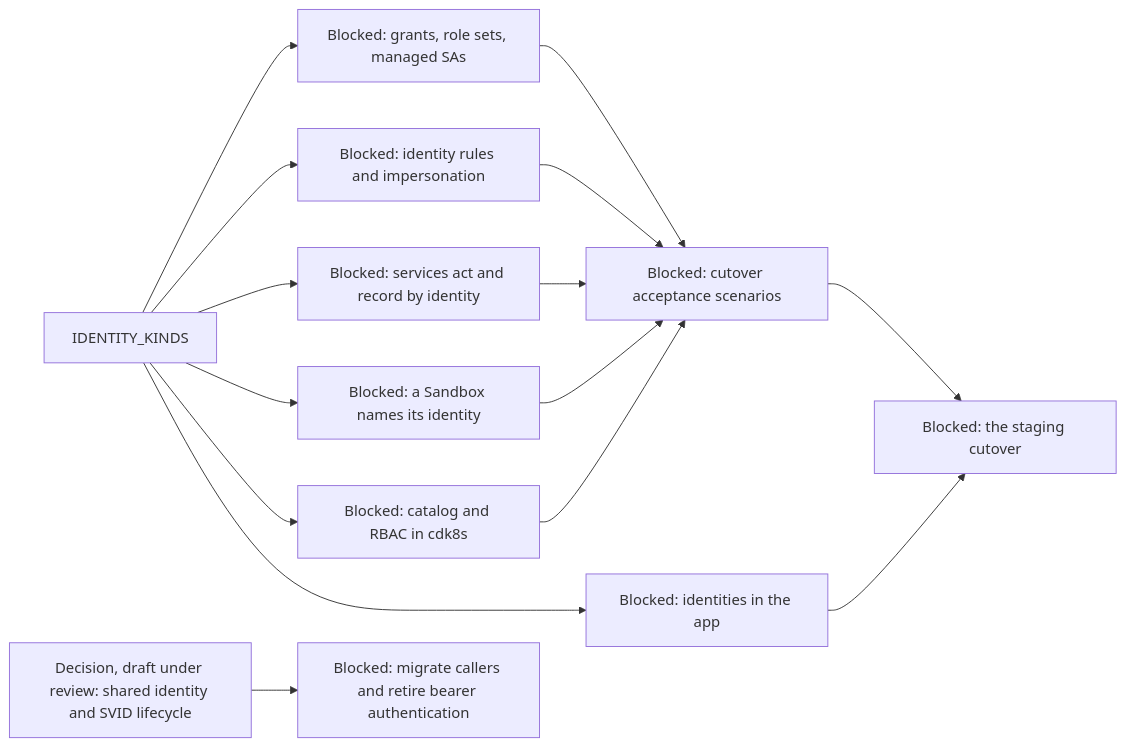
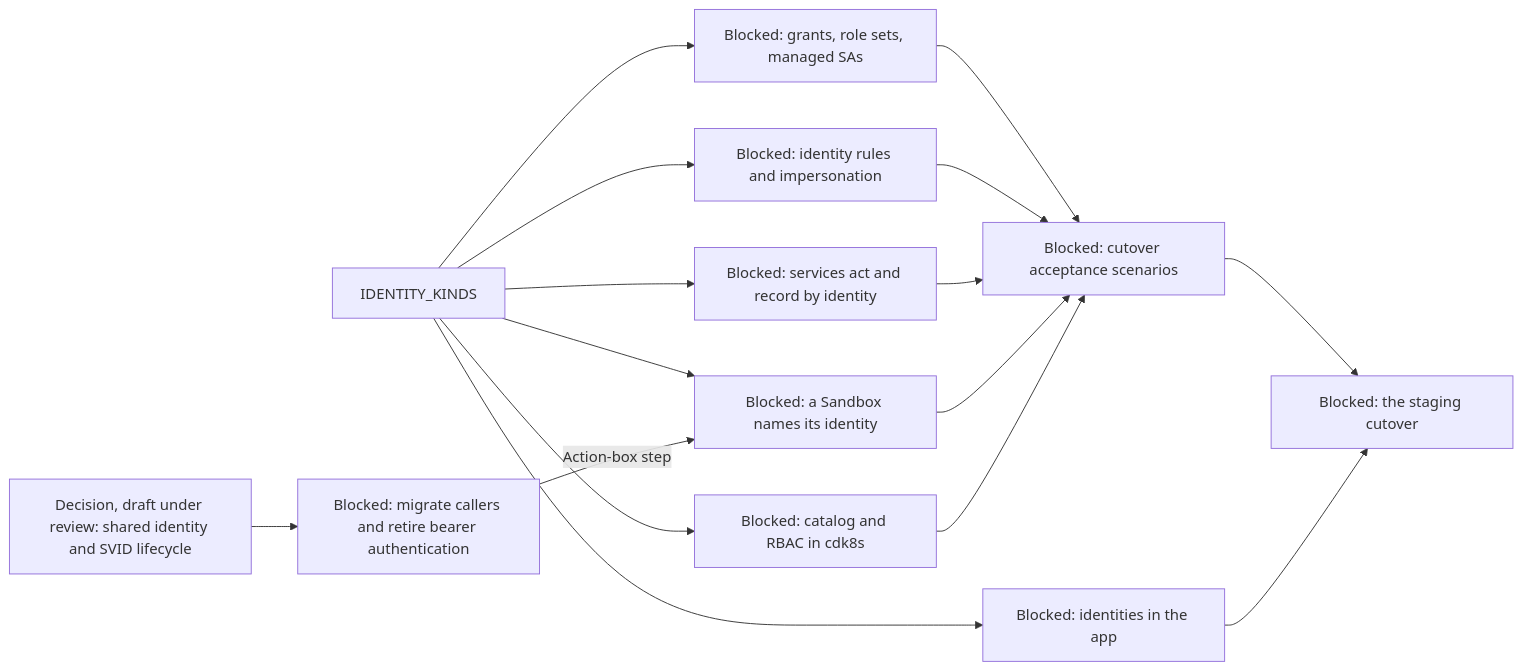
Before and after one commit to agentydragon/ducktape: diagram 17 of 19 in agentplane/plans/task_dag.md, drawn with Mermaid. The commit also changed other lines of this file and 1 other file, not shown here.

First line of the commit message:
agentplane/plans: workload CA as the shared first step; box edge

````diff
--- a/agentplane/plans/task_dag.md
+++ b/agentplane/plans/task_dag.md
@@ -3036,17 +3036,18 @@
 ```mermaid
 flowchart LR
     IDENTITY_KINDS --> POLICY_GRANTS[Blocked: grants, role sets, managed SAs]
     IDENTITY_KINDS --> EGRESS_IDENTITY_RULES[Blocked: identity rules and impersonation]
     IDENTITY_KINDS --> SERVICES_IDENTITY_PRINCIPAL[Blocked: services act and record by identity]
     IDENTITY_KINDS --> SANDBOX_IDENTITY_SPEC[Blocked: a Sandbox names its identity]
     IDENTITY_KINDS --> IDENTITY_CATALOG[Blocked: catalog and RBAC in cdk8s]
     IDENTITY_KINDS --> APP_IDENTITIES_UI[Blocked: identities in the app]
     WORKLOAD_IDENTITY_LIFECYCLE_DESIGN[Decision, draft under review: shared identity and SVID lifecycle] --> WORKLOAD_AUTH_CUTOVER[Blocked: migrate callers and retire bearer authentication]
+    WORKLOAD_AUTH_CUTOVER -->|Action-box step| SANDBOX_IDENTITY_SPEC
     POLICY_GRANTS --> IDENTITY_SYSTEM_TESTS[Blocked: cutover acceptance scenarios]
     EGRESS_IDENTITY_RULES --> IDENTITY_SYSTEM_TESTS
     SERVICES_IDENTITY_PRINCIPAL --> IDENTITY_SYSTEM_TESTS
     SANDBOX_IDENTITY_SPEC --> IDENTITY_SYSTEM_TESTS
     IDENTITY_CATALOG --> IDENTITY_SYSTEM_TESTS
     IDENTITY_SYSTEM_TESTS --> IDENTITY_CUTOVER[Blocked: the staging cutover]
     APP_IDENTITIES_UI --> IDENTITY_CUTOVER
 ```
````
